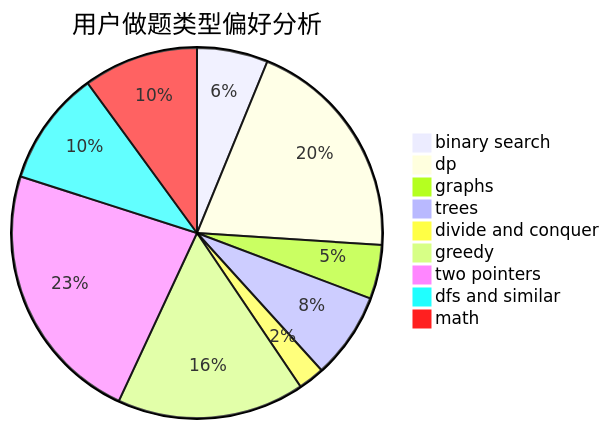
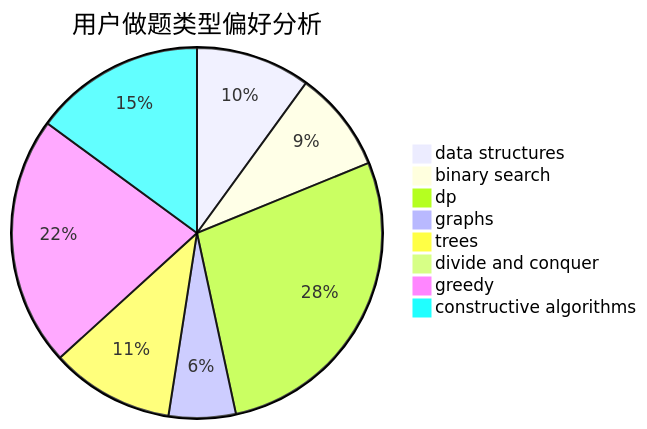
One commit to sherpahu/cfrs.github.io changed the second of 3 diagrams in docs/user/u2597.md. Above: the diagram before and after it, drawn with Mermaid. The commit also changed other lines of this file and 2775 other files, not shown here.

````diff
--- a/docs/user/u2597.md
+++ b/docs/user/u2597.md
@@ -23,12 +23,11 @@
 ```mermaid
 pie title 用户做题类型偏好分析
-    "binary search" :  84
-    "dp" :  269
-    "graphs" :  64
-    "trees" :  102
-    "divide and conquer" :  31
-    "greedy" :  222
-    "two pointers" :  312
-    "dfs and similar" :  136
-    "math" :  136
+    "data structures" :  77
+    "binary search" :  68
+    "dp" :  214
+    "graphs" :  45
+    "trees" :  83
+    "divide and conquer" :  0
+    "greedy" :  168
+    "constructive algorithms" :  115
 ```
````
